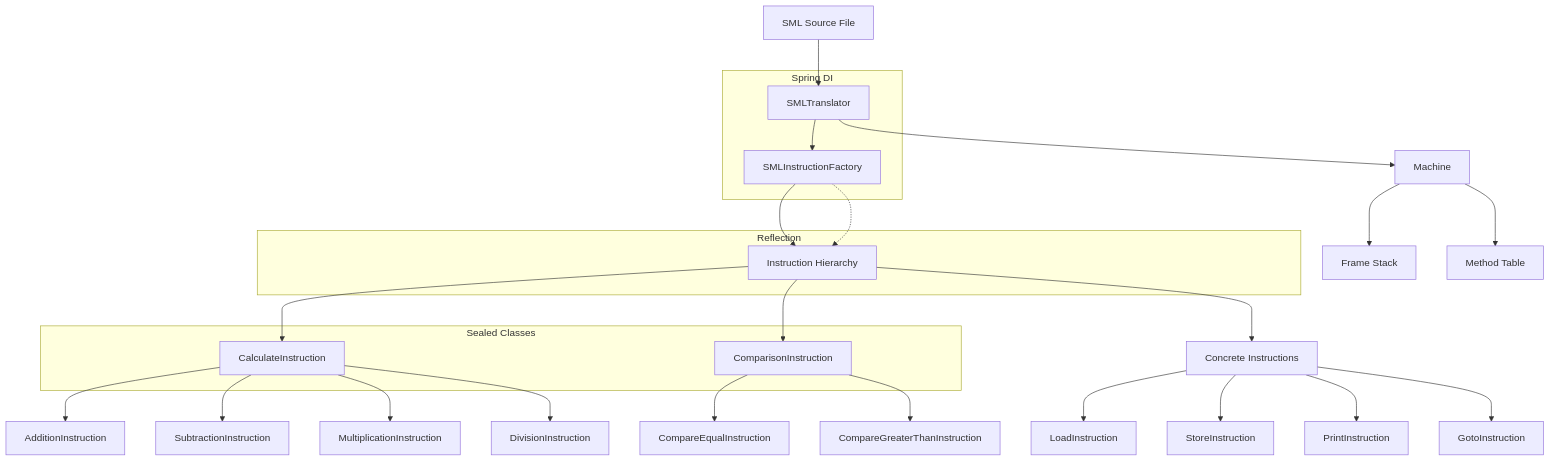
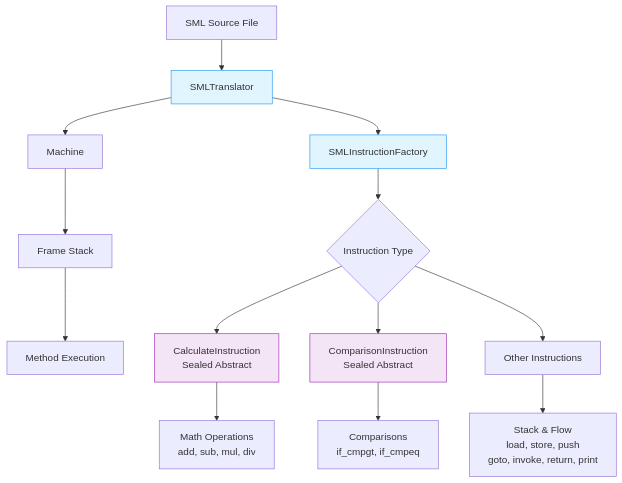
One commit to queenie-lee/java-sml-interpreter changed the diagram in README.md. Above: the diagram before and after it, drawn with Mermaid. The commit also changed other lines of this file, not shown here.

Commit message:
Improved architecture diagram

````diff
--- a/README.md
+++ b/README.md
@@ -43,41 +43,29 @@
 ```mermaid
 graph TD
     A[SML Source File] --> B[SMLTranslator]
     B --> C[Machine]
     C --> D[Frame Stack]
-    C --> E[Method Table]
+    D --> E[Method Execution]
     
     B --> F[SMLInstructionFactory]
-    F --> G[Instruction Hierarchy]
+    F --> G{Instruction Type}
     
-    G --> H[CalculateInstruction]
-    G --> I[ComparisonInstruction] 
-    G --> J[Concrete Instructions]
+    G --> H[CalculateInstruction<br/>Sealed Abstract]
+    G --> I[ComparisonInstruction<br/>Sealed Abstract]
+    G --> J[Other Instructions]
     
-    H --> K[AdditionInstruction]
-    H --> L[SubtractionInstruction]
-    H --> M[MultiplicationInstruction]
-    H --> N[DivisionInstruction]
+    H --> K[Math Operations<br/>add, sub, mul, div]
+    I --> L[Comparisons<br/>if_cmpgt, if_cmpeq]
+    J --> M[Stack & Flow<br/>load, store, push<br/>goto, invoke, return, print]
     
-    I --> O[CompareEqualInstruction]
-    I --> P[CompareGreaterThanInstruction]
+    style F fill:#e1f5fe
+    style H fill:#f3e5f5
+    style I fill:#f3e5f5
+    style B fill:#e1f5fe
     
-    J --> Q[LoadInstruction]
-    J --> R[StoreInstruction]
-    J --> S[PrintInstruction]
-    J --> T[GotoInstruction]
+    classDef sealed fill:#f3e5f5,stroke:#9c27b0
+    classDef spring fill:#e1f5fe,stroke:#2196f3
     
-    subgraph Spring DI
-        F
-        B
-    end
-    
-    subgraph Reflection
-        F -.-> G
-    end
-    
-    subgraph Sealed Classes
-        H
-        I
-    end
+    class H,I sealed
+    class F,B spring
 ```
````
